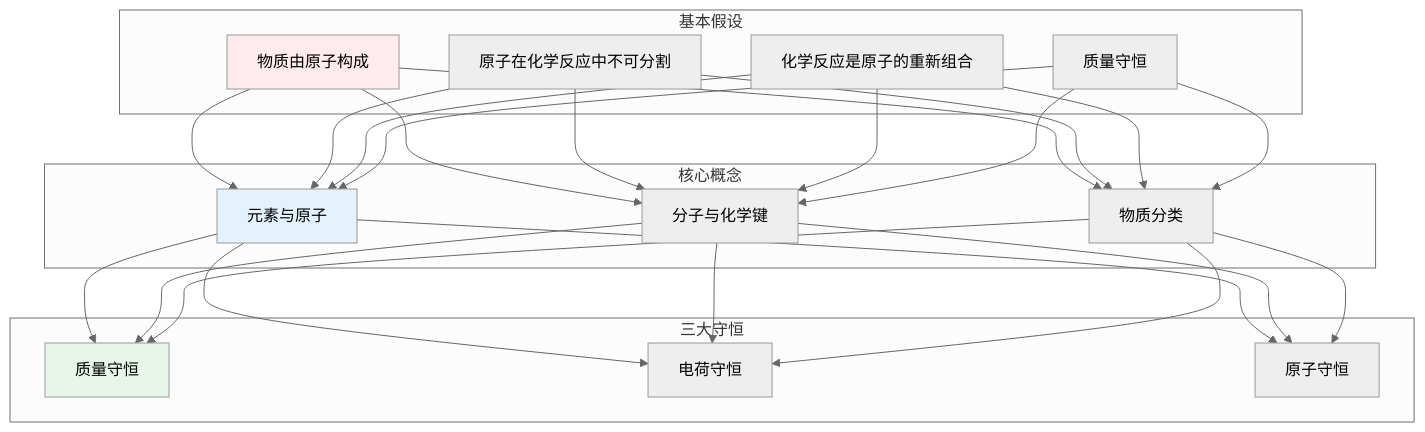
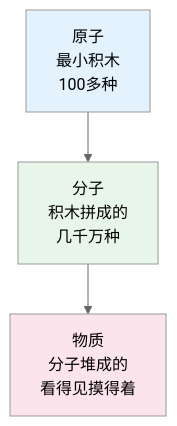
One commit to wxyClark/wxyClark.github.io changed the first of 8 diagrams in content/natural-sciences/chemistry/index.md. Above: the diagram before and after it, drawn with Mermaid (neutral theme). The commit also changed other lines of this file and 11 other files, not shown here.

````diff
--- a/content/natural-sciences/chemistry/index.md
+++ b/content/natural-sciences/chemistry/index.md
@@ -14,28 +23,9 @@
 ```mermaid
-graph TB
-    subgraph 基本假设
-        A1[物质由原子构成]
-        A2[原子在化学反应中不可分割]
-        A3[化学反应是原子的重新组合]
-        A4[质量守恒]
-    end
+flowchart TD
+    A1[原子<br/>最小积木<br/>100多种] --> A2[分子<br/>积木拼成的<br/>几千万种] 
+    A2 --> A3[物质<br/>分子堆成的<br/>看得见摸得着]
     
-    subgraph 核心概念
-        B1[元素与原子]
-        B2[分子与化学键]
-        B3[物质分类]
-    end
-    
-    subgraph 三大守恒
-        C1[质量守恒]
-        C2[电荷守恒]
-        C3[原子守恒]
-    end
-    
-    A1 & A2 & A3 & A4 --> B1 & B2 & B3
-    B1 & B2 & B3 --> C1 & C2 & C3
-    
-    style A1 fill:#ffebee
-    style B1 fill:#e3f2fd
-    style C1 fill:#e8f5e9
+    style A1 fill:#e3f2fd
+    style A2 fill:#e8f5e9
+    style A3 fill:#fce4ec
 ```
````
